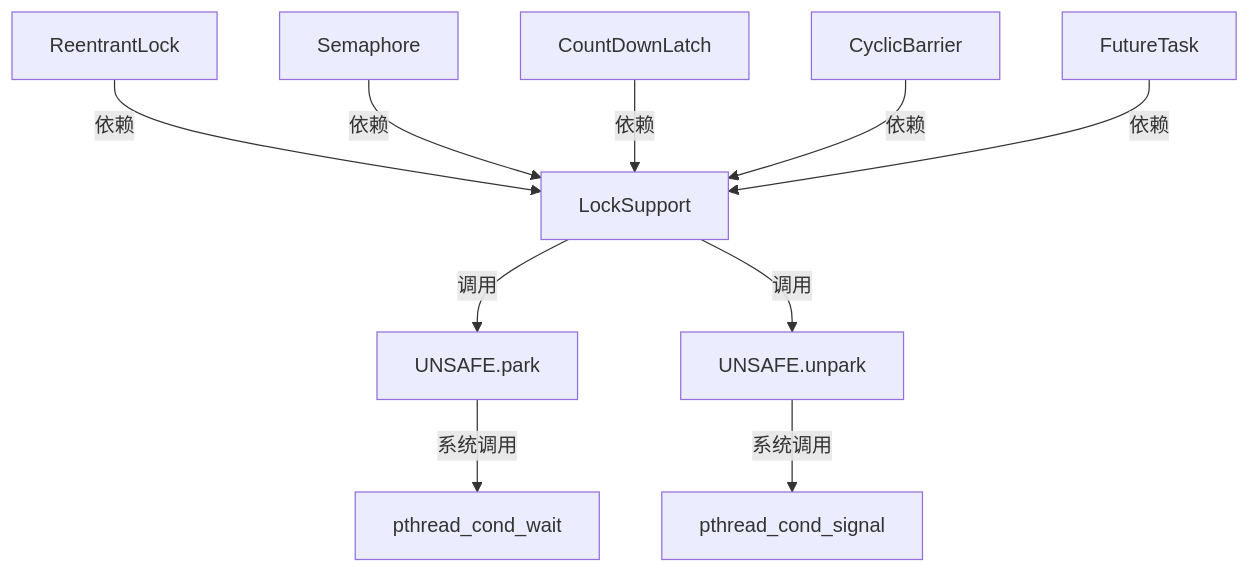
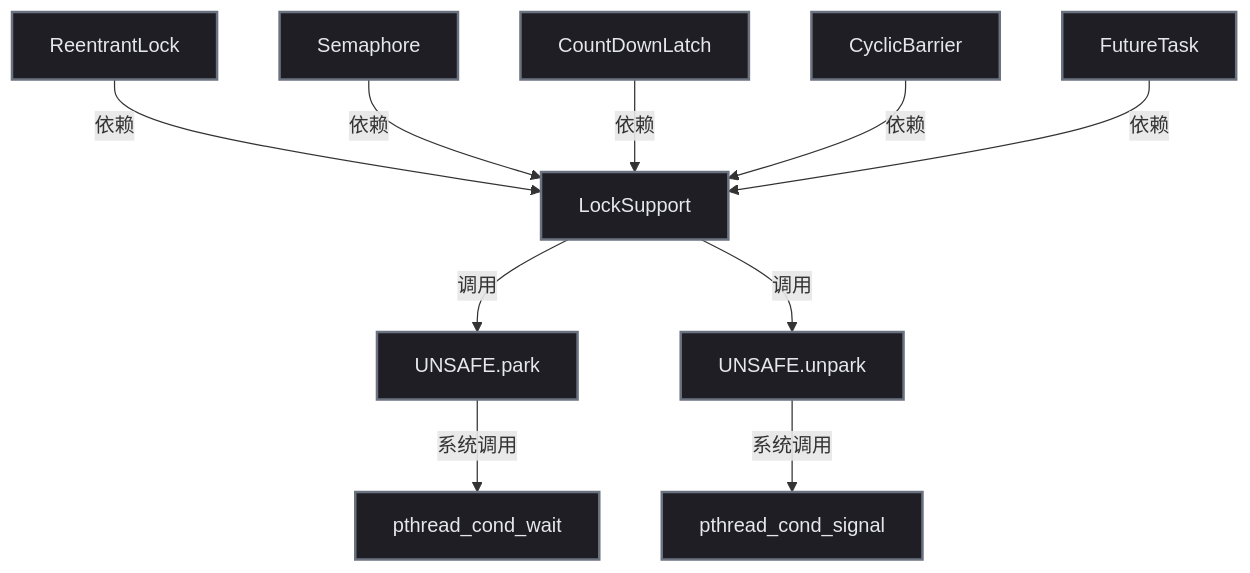
One commit to yaocat55/yaocat55.github.io changed the first of 7 diagrams in content/posts/concurrency/LockSupport.md. Above: the diagram before and after it, drawn with Mermaid. The commit also changed other lines of this file and 155 other files, not shown here.

````diff
--- a/content/posts/concurrency/LockSupport.md
+++ b/content/posts/concurrency/LockSupport.md
@@ -49,12 +49,16 @@
 ```mermaid
 flowchart TD
+%% 半暗底色 + 高亮描边：完美适配博客深色/浅色双主题 %%
+classDef process fill:#1e1e24,stroke:#6b7280,stroke-width:2px,color:#e5e7eb;
     A[ReentrantLock] -->|依赖| F[LockSupport]
     B[Semaphore] -->|依赖| F
     C[CountDownLatch] -->|依赖| F
     D[CyclicBarrier] -->|依赖| F
     E[FutureTask] -->|依赖| F
     F -->|调用| G[UNSAFE.park]
     F -->|调用| H[UNSAFE.unpark]
     G -->|系统调用| I[pthread_cond_wait]
     H -->|系统调用| J[pthread_cond_signal]
+
+class A,B,C,D,E,F,G,H,I,J process;
 ```
````
